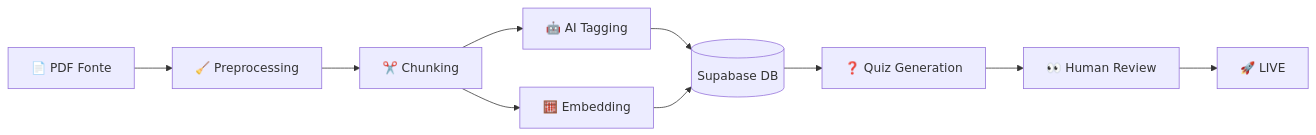
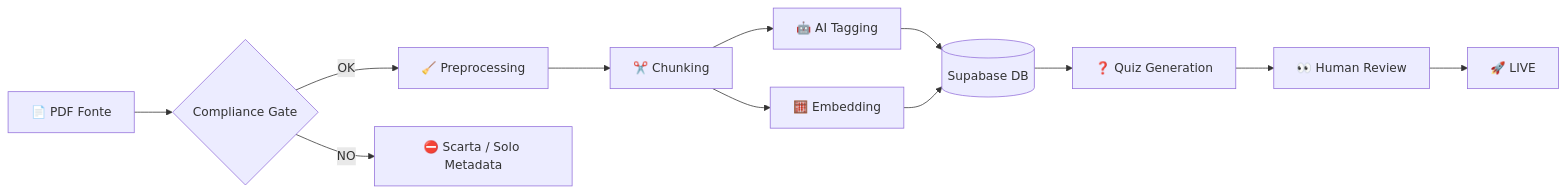
One commit to NBN-WEST/leuniversita changed the first of 2 diagrams in docs/memory_bank/CONTENT/ingestion_process.md. Above: the diagram before and after it, drawn with Mermaid. The commit also changed other lines of this file and 18 other files, not shown here.

````diff
--- a/docs/memory_bank/CONTENT/ingestion_process.md
+++ b/docs/memory_bank/CONTENT/ingestion_process.md
@@ -26,15 +35,19 @@
 ```mermaid
 flowchart LR
-    RAW[📄 PDF Fonte] --> CLEAN[🧹 Preprocessing]
+    RAW[📄 PDF Fonte] --> COMPLIANCE{Compliance Gate}
+    
+    COMPLIANCE -- OK --> CLEAN[🧹 Preprocessing]
+    COMPLIANCE -- NO --> REJECT[⛔ Scarta / Solo Metadata]
+    
     CLEAN --> CHUNK[✂️ Chunking]
     
     CHUNK --> AI_TAG[🤖 AI Tagging]
     CHUNK --> VECTOR[🧮 Embedding]
     
     AI_TAG --> DB[(Supabase DB)]
     VECTOR --> DB
     
     DB --> QUIZ_GEN[❓ Quiz Generation]
     QUIZ_GEN --> REVIEW[👀 Human Review]
     REVIEW --> LIVE[🚀 LIVE]
 ```
````
